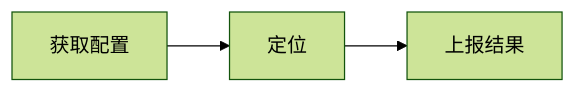
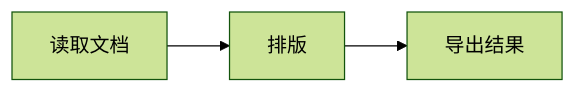
Before and after one commit to madebynut/pecan: the diagram in samples/export-inline.md, drawn with Mermaid (forest theme). The commit also changed other lines of this file and 33 other files, not shown here.

````diff
--- a/samples/export-inline.md
+++ b/samples/export-inline.md
@@ -47,5 +47,5 @@
 ```mermaid
 flowchart LR
-  A[获取配置] --> B[定位]
-  B --> C[上报结果]
+  A[读取文档] --> B[排版]
+  B --> C[导出结果]
 ```
````
